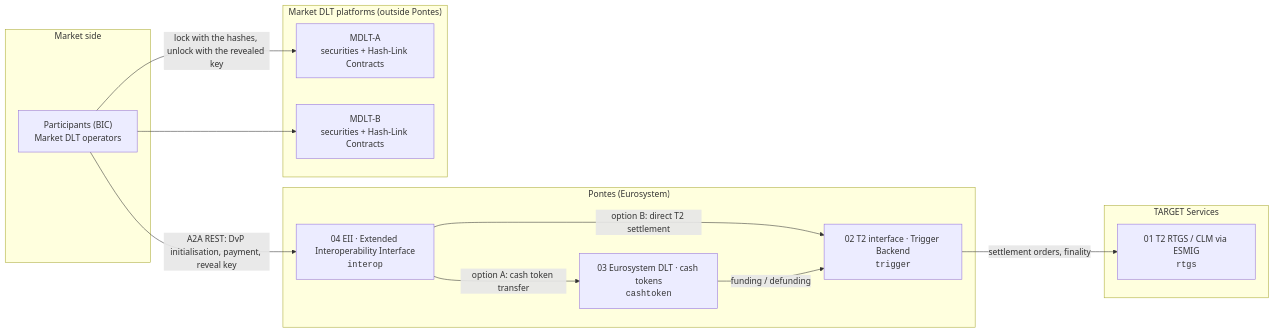
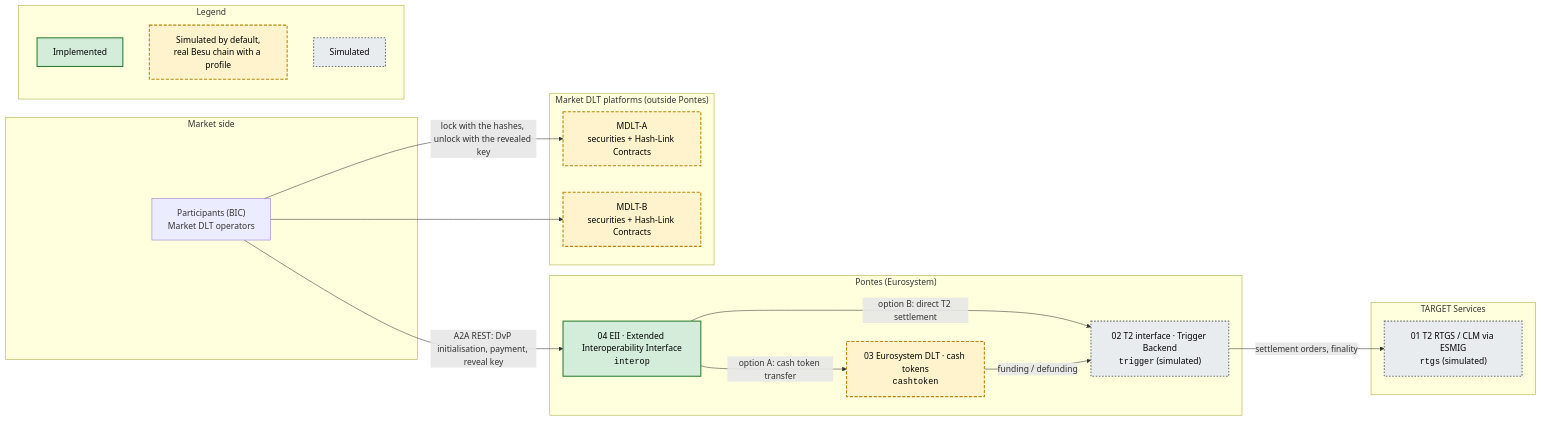
One commit to Bonnai2112/pontes-dlt-settlement changed the first of 7 diagrams in README.md. Above: the diagram before and after it, drawn with Mermaid. The commit also changed other lines of this file, not shown here.

First line of the commit message:
docs(readme): show simulated components in the architecture diagrams

````diff
--- a/README.md
+++ b/README.md
@@ -52,26 +52,39 @@
 ```mermaid
 flowchart LR
     subgraph market["Market side"]
         parties["Participants (BIC)<br/>Market DLT operators"]
     end
     subgraph pontes["Pontes (Eurosystem)"]
         eii["04 EII · Extended Interoperability Interface<br/><code>interop</code>"]
         dlt["03 Eurosystem DLT · cash tokens<br/><code>cashtoken</code>"]
-        t2i["02 T2 interface · Trigger Backend<br/><code>trigger</code>"]
+        t2i["02 T2 interface · Trigger Backend<br/><code>trigger</code> (simulated)"]
     end
     subgraph target["TARGET Services"]
-        rtgs["01 T2 RTGS / CLM via ESMIG<br/><code>rtgs</code>"]
+        rtgs["01 T2 RTGS / CLM via ESMIG<br/><code>rtgs</code> (simulated)"]
     end
     subgraph mdlt["Market DLT platforms (outside Pontes)"]
         a["MDLT-A<br/>securities + Hash-Link Contracts"]
         b["MDLT-B<br/>securities + Hash-Link Contracts"]
+    end
+    subgraph legend["Legend"]
+        direction TB
+        l1["Implemented"]:::implemented
+        l2["Simulated by default,<br/>real Besu chain with a profile"]:::switchable
+        l3["Simulated"]:::simulated
     end
 
     parties -->|"A2A REST: DvP initialisation, payment, reveal key"| eii
     eii -->|"option A: cash token transfer"| dlt
     eii -->|"option B: direct T2 settlement"| t2i
     dlt -->|"funding / defunding"| t2i
     t2i -->|"settlement orders, finality"| rtgs
     parties -->|"lock with the hashes, unlock with the revealed key"| a
     parties --> b
+
+    class eii implemented
+    class dlt,a,b switchable
+    class t2i,rtgs simulated
+    classDef implemented fill:#d4edda,stroke:#2e7d32,stroke-width:2px,color:#000
+    classDef switchable fill:#fff3cd,stroke:#b8860b,stroke-width:2px,stroke-dasharray:6 3,color:#000
+    classDef simulated fill:#e9ecef,stroke:#6c757d,stroke-width:2px,stroke-dasharray:3 3,color:#000
 ```
````
